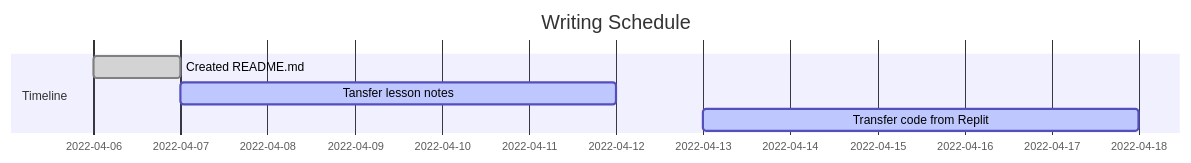
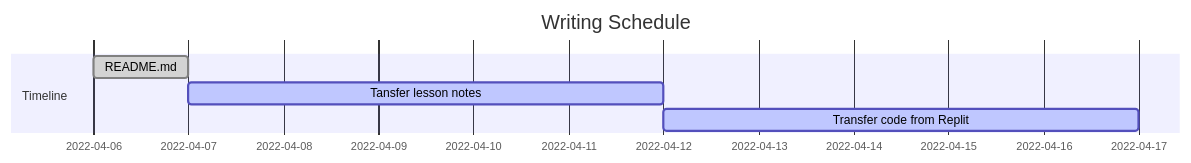
The diagram in README.md (ahmad-buhari/python-basics), drawn with Mermaid before and after one commit.

Commit message:
testing mermaid gantt

````diff
--- a/README.md
+++ b/README.md
@@ -9,10 +9,10 @@
 ```mermaid
       gantt
       dateFormat YYYY-MM-DD
       title Writing Schedule
       
       Section Timeline
-      Created README.md             :done,      de1, 2022-04-06, 2022-04-07
+      README.md             :done,      de1, 2022-04-06, 2022-04-07
       Tansfer lesson notes          :active,    des2, 2022-04-07, 5d
-      Transfer code from Replit     : active, des3, 2022-04-13, 5d
+      Transfer code from Replit     : active, des3, 2022-04-12, 5d
 ```
````
